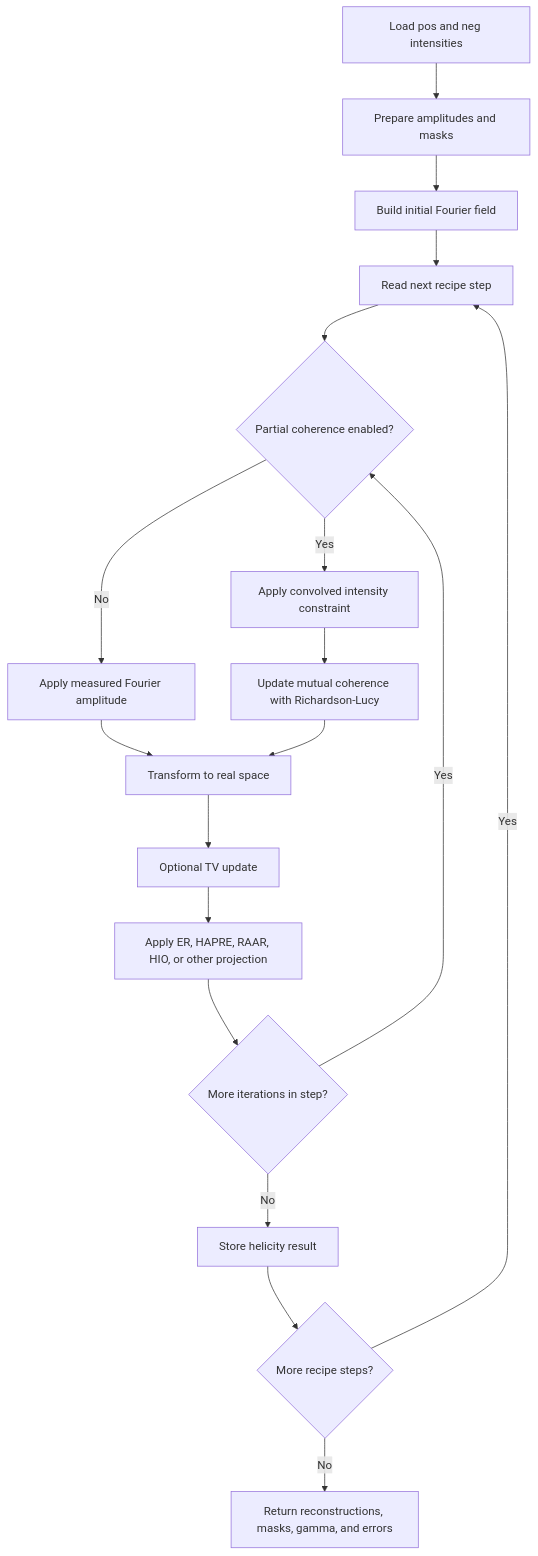
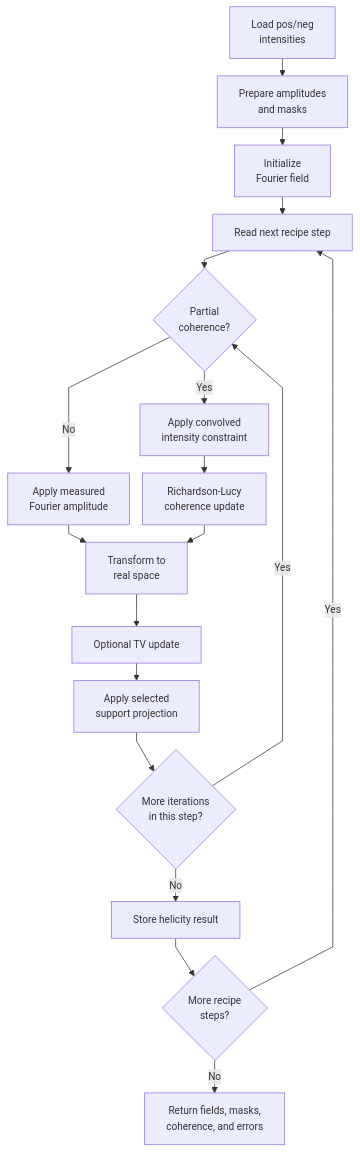
One commit to riccbatt/FTH-Phase-Retrieval-2609-SOLEIL-SEXTANTS changed the first of 5 diagrams in docs/phase_retrieval_libraries.md. Above: the diagram before and after it, drawn with Mermaid. The commit also changed other lines of this file and 2 other files, not shown here.

````diff
--- a/docs/phase_retrieval_libraries.md
+++ b/docs/phase_retrieval_libraries.md
@@ -105,20 +107,21 @@
 ```mermaid
+%%{init: {"flowchart": {"nodeSpacing": 18, "rankSpacing": 24, "curve": "linear"}, "themeVariables": {"fontSize": "14px"}}}%%
 flowchart TD
-    A[Load pos and neg intensities] --> B[Prepare amplitudes and masks]
-    B --> C[Build initial Fourier field]
+    A[Load pos/neg<br/>intensities] --> B[Prepare amplitudes<br/>and masks]
+    B --> C[Initialize<br/>Fourier field]
     C --> D[Read next recipe step]
-    D --> E{Partial coherence enabled?}
-    E -- No --> F[Apply measured Fourier amplitude]
-    E -- Yes --> G[Apply convolved intensity constraint]
-    G --> H[Update mutual coherence with Richardson-Lucy]
-    F --> I[Transform to real space]
+    D --> E{Partial<br/>coherence?}
+    E -- No --> F[Apply measured<br/>Fourier amplitude]
+    E -- Yes --> G[Apply convolved<br/>intensity constraint]
+    G --> H[Richardson-Lucy<br/>coherence update]
+    F --> I[Transform to<br/>real space]
     H --> I
     I --> J[Optional TV update]
-    J --> K[Apply ER, HAPRE, RAAR, HIO, or other projection]
-    K --> L{More iterations in step?}
+    J --> K[Apply selected<br/>support projection]
+    K --> L{More iterations<br/>in this step?}
     L -- Yes --> E
     L -- No --> M[Store helicity result]
-    M --> N{More recipe steps?}
+    M --> N{More recipe<br/>steps?}
     N -- Yes --> D
-    N -- No --> O[Return reconstructions, masks, gamma, and errors]
+    N -- No --> O[Return fields, masks,<br/>coherence, and errors]
 ```
````
